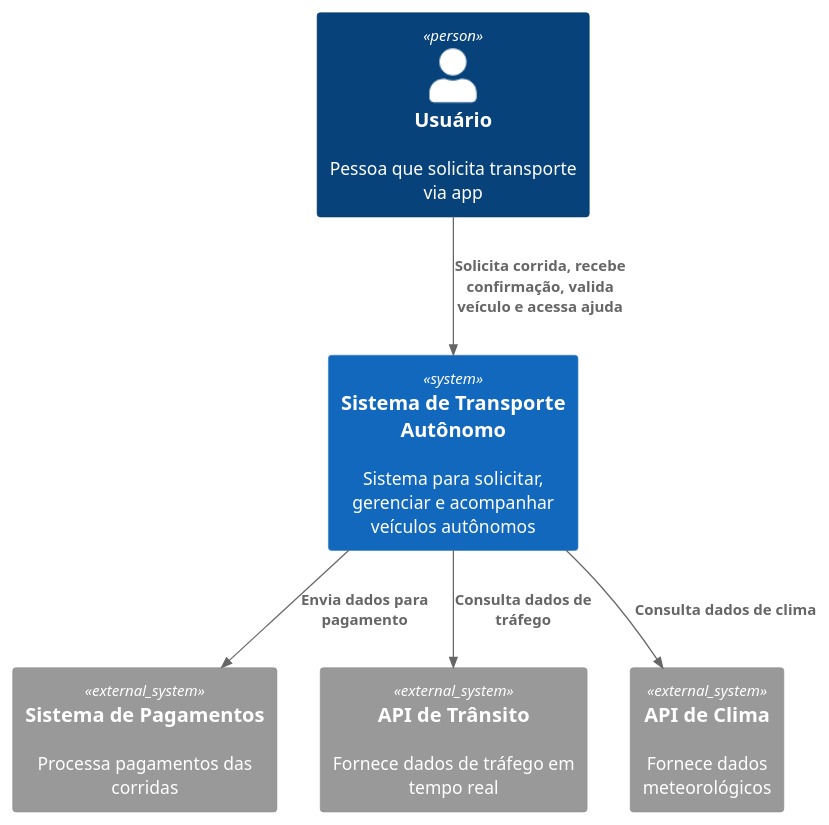
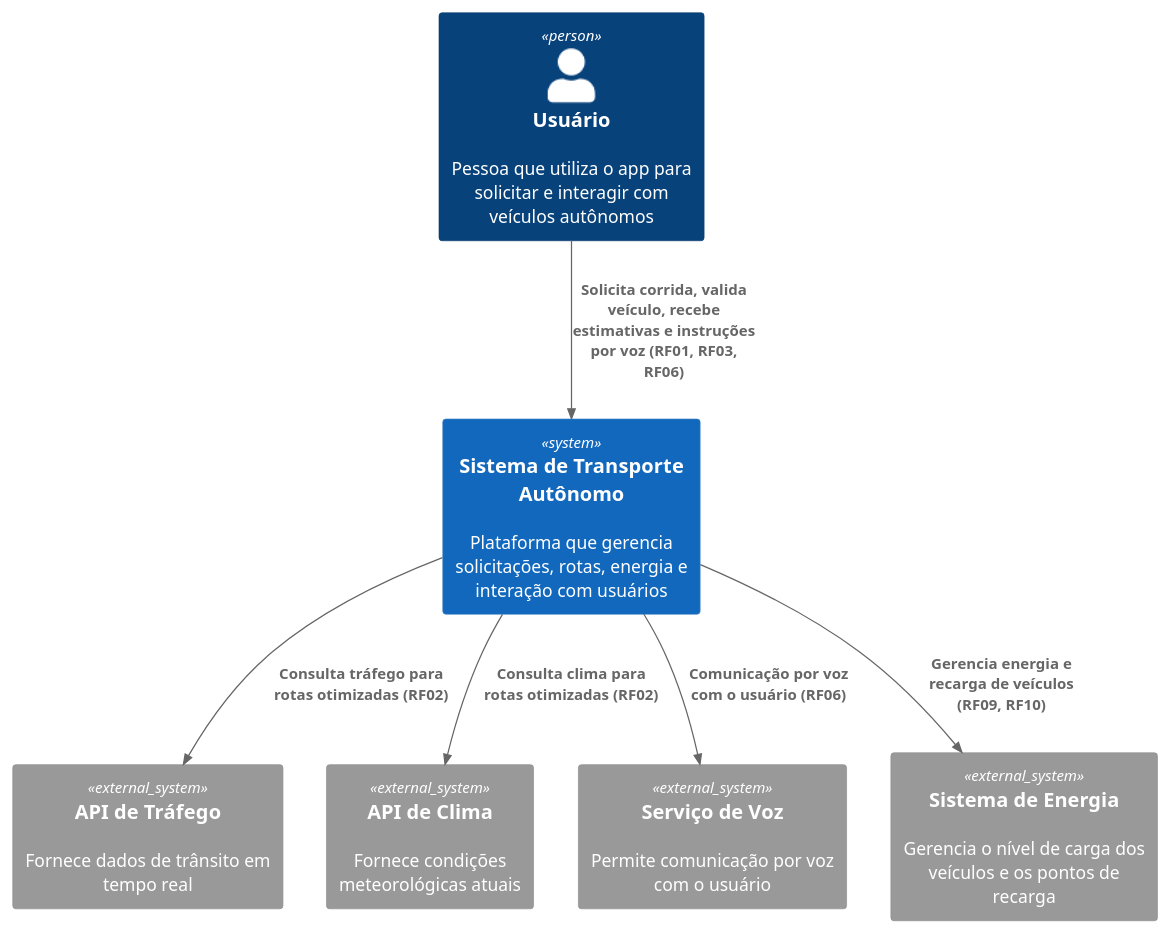
The diagram in trabalho_final/Diagramas (Iteração 1)/contexto.puml (gilmarUFG/as_es_20251_g6), drawn with PlantUML before and after one commit.

Commit message:
contexto

```diff
--- a/trabalho_final/Diagramas (Iteração 1)/contexto.puml
+++ b/trabalho_final/Diagramas (Iteração 1)/contexto.puml
@@ -1,15 +1,23 @@
 @startuml
 !include https://raw.githubusercontent.com/plantuml-stdlib/C4-PlantUML/master/C4_Context.puml
 
-Person(usuario, "Usuário", "Pessoa que solicita transporte via app")
-System(sistema, "Sistema de Transporte Autônomo", "Sistema para solicitar, gerenciar e acompanhar veículos autônomos")
-System_Ext(servicoDePagamentos, "Sistema de Pagamentos", "Processa pagamentos das corridas")
-System_Ext(apiTrafego, "API de Trânsito", "Fornece dados de tráfego em tempo real")
-System_Ext(apiClima, "API de Clima", "Fornece dados meteorológicos")
+' Atores humanos
+Person(usuario, "Usuário", "Pessoa que utiliza o app para solicitar e interagir com veículos autônomos")
 
-Rel(usuario, sistema, "Solicita corrida, recebe confirmação, valida veículo e acessa ajuda")
-Rel(sistema, servicoDePagamentos, "Envia dados para pagamento")
-Rel(sistema, apiTrafego, "Consulta dados de tráfego")
-Rel(sistema, apiClima, "Consulta dados de clima")
+' Sistema principal
+System(sistema, "Sistema de Transporte Autônomo", "Plataforma que gerencia solicitações, rotas, energia e interação com usuários")
+
+' Sistemas externos
+System_Ext(apiTrafego, "API de Tráfego", "Fornece dados de trânsito em tempo real")
+System_Ext(apiClima, "API de Clima", "Fornece condições meteorológicas atuais")
+System_Ext(servicoVoz, "Serviço de Voz", "Permite comunicação por voz com o usuário")
+System_Ext(sistemaEnergia, "Sistema de Energia", "Gerencia o nível de carga dos veículos e os pontos de recarga")
+
+' Relacionamentos diretos com os RFs como descrição
+Rel(usuario, sistema, "Solicita corrida, valida veículo, recebe estimativas e instruções por voz (RF01, RF03, RF06)")
+Rel(sistema, apiTrafego, "Consulta tráfego para rotas otimizadas (RF02)")
+Rel(sistema, apiClima, "Consulta clima para rotas otimizadas (RF02)")
+Rel(sistema, servicoVoz, "Comunicação por voz com o usuário (RF06)")
+Rel(sistema, sistemaEnergia, "Gerencia energia e recarga de veículos (RF09, RF10)")
 
 @enduml
```
